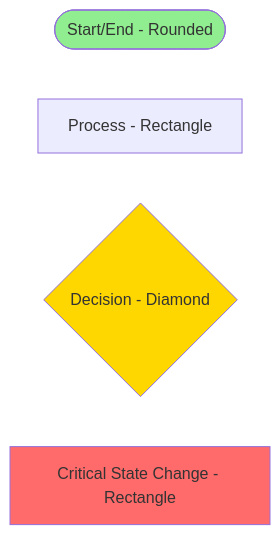
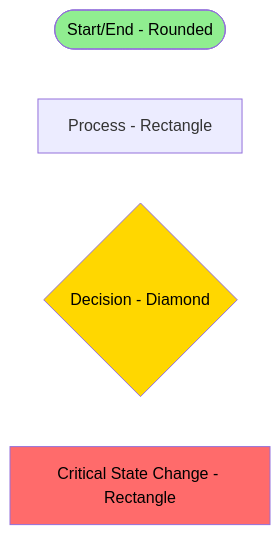
The ninth of 9 diagrams in documents/esp32/FLOW_DIAGRAM_ESP32.md (meeTeam05/datalogger), drawn with Mermaid before and after one commit.

Commit message:
fix(docs): update flow diagram styles to include text color for clarity in FLOW_DIAGRAM_ESP32.md

````diff
--- a/documents/esp32/FLOW_DIAGRAM_ESP32.md
+++ b/documents/esp32/FLOW_DIAGRAM_ESP32.md
@@ -318,11 +318,11 @@
 ```mermaid
 flowchart LR
     Start([Start/End - Rounded])
     Process[Process - Rectangle]
     Decision{Decision - Diamond}
     Critical[Critical State Change - Rectangle]
 
-    style Start fill:#90EE90
-    style Decision fill:#FFD700
-    style Critical fill:#FF6B6B
+    style Start fill:#90EE90, color:#000000
+    style Decision fill:#FFD700, color:#000000
+    style Critical fill:#FF6B6B, color:#000000
 ```
````
